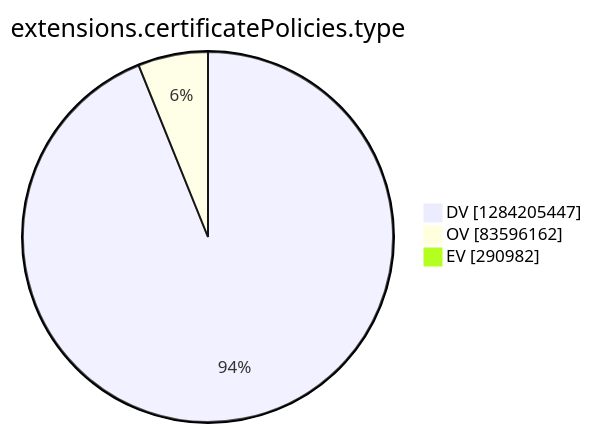
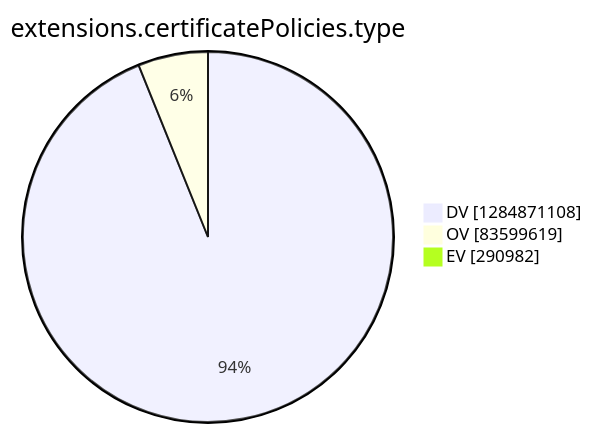
One commit to christiankrug/ctmonitor_visualization changed the tenth of 15 diagrams in argon2022/README.md. Above: the diagram before and after it, drawn with Mermaid. The commit also changed other lines of this file, not shown here.

````diff
--- a/argon2022/README.md
+++ b/argon2022/README.md
@@ -2771,7 +2771,7 @@
 ```mermaid
 pie showData
 title extensions.certificatePolicies.type
-"DV" :1284205447
-"OV" :83596162
+"DV" :1284871108
+"OV" :83599619
 "EV" :290982
 ```
````
